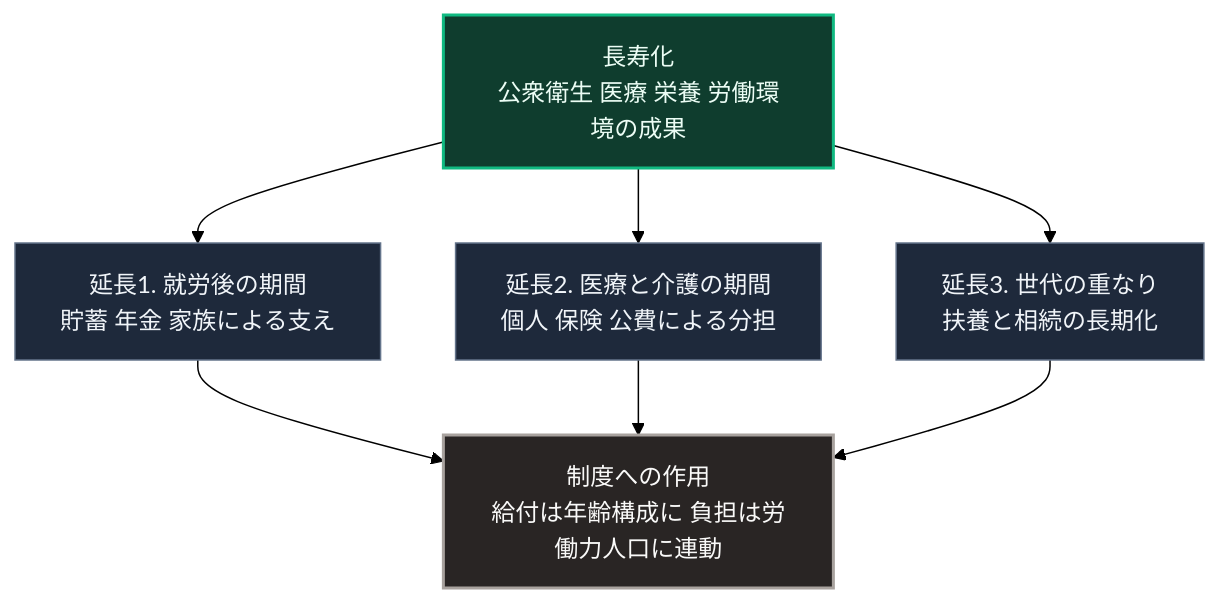
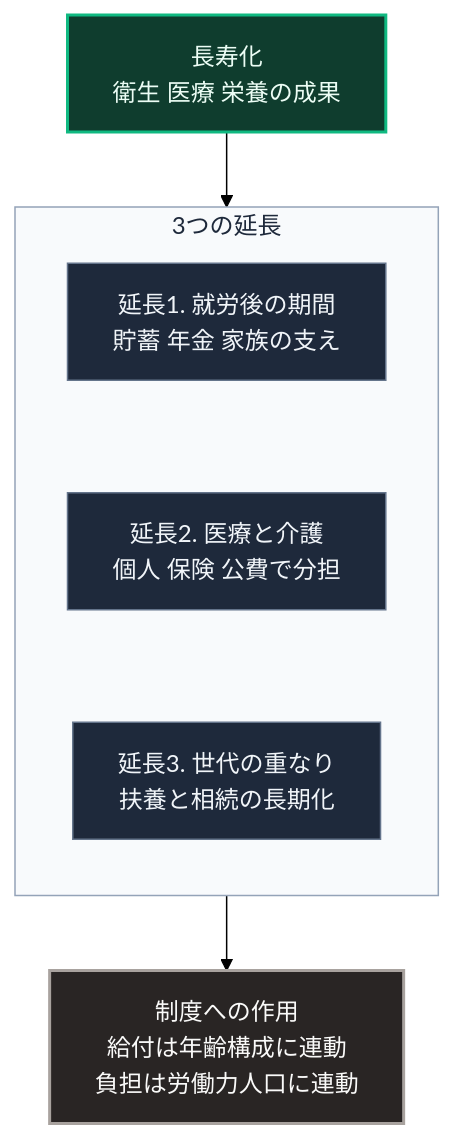
The diagram in books/sovereign-resilience-blueprint/19_optimization-society-limits.md (Takenori-Kusaka/zenn-content), drawn with Mermaid (forest theme) before and after one commit. The commit also changed other lines of this file and 114 other files, not shown here.

````diff
--- a/books/sovereign-resilience-blueprint/19_optimization-society-limits.md
+++ b/books/sovereign-resilience-blueprint/19_optimization-society-limits.md
@@ -51,16 +53,18 @@
 ```mermaid
 flowchart TD
-    L[長寿化<br>公衆衛生 医療 栄養 労働環境の成果]
-    L --> E1[延長1. 就労後の期間<br>貯蓄 年金 家族による支え]
-    L --> E2[延長2. 医療と介護の期間<br>個人 保険 公費による分担]
-    L --> E3[延長3. 世代の重なり<br>扶養と相続の長期化]
-    E1 --> S[制度への作用<br>給付は年齢構成に 負担は労働力人口に連動]
-    E2 --> S
-    E3 --> S
+    L[長寿化<br>衛生 医療 栄養の成果]
+    subgraph G[3つの延長]
+        direction TB
+        E1[延長1. 就労後の期間<br>貯蓄 年金 家族の支え] ~~~ E2[延長2. 医療と介護<br>個人 保険 公費で分担]
+        E2 ~~~ E3[延長3. 世代の重なり<br>扶養と相続の長期化]
+    end
+    L --> G
+    G --> S[制度への作用<br>給付は年齢構成に連動<br>負担は労働力人口に連動]
 
     style L fill:#0f3d2e,stroke:#10b981,stroke-width:2px,color:#ecfdf5
+    style G fill:#f8fafc,stroke:#94a3b8,color:#1e293b
     style E1 fill:#1e293b,stroke:#64748b,color:#f1f5f9
     style E2 fill:#1e293b,stroke:#64748b,color:#f1f5f9
     style E3 fill:#1e293b,stroke:#64748b,color:#f1f5f9
     style S fill:#292524,stroke:#a8a29e,stroke-width:2px,color:#fafaf9
 ```
````
